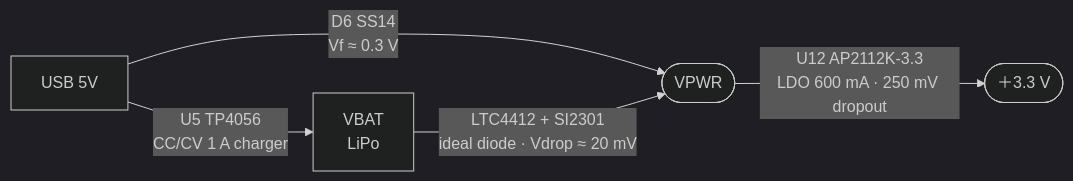
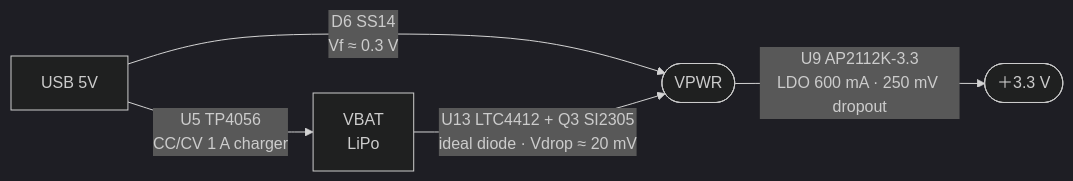
Before and after one commit to yvolodym/esp32-controller: the third of 3 diagrams in CLAUDE.md, drawn with Mermaid (dark theme). The commit also changed other lines of this file and 1 other file, not shown here.

````diff
--- a/CLAUDE.md
+++ b/CLAUDE.md
@@ -118,12 +118,12 @@
 ```mermaid
 graph LR
     USB["USB 5V"]
     VBAT["VBAT\nLiPo"]
     VPWR(["VPWR"])
     V33(["＋3.3 V"])
 
     USB  -->|"D6 SS14\nVf ≈ 0.3 V"| VPWR
-    VBAT -->|"LTC4412 + SI2301\nideal diode · Vdrop ≈ 20 mV"| VPWR
-    VPWR -->|"U12 AP2112K-3.3\nLDO 600 mA · 250 mV dropout"| V33
+    VBAT -->|"U13 LTC4412 + Q3 SI2305\nideal diode · Vdrop ≈ 20 mV"| VPWR
+    VPWR -->|"U9 AP2112K-3.3\nLDO 600 mA · 250 mV dropout"| V33
     USB  -->|"U5 TP4056\nCC/CV 1 A charger"| VBAT
 ```
````
